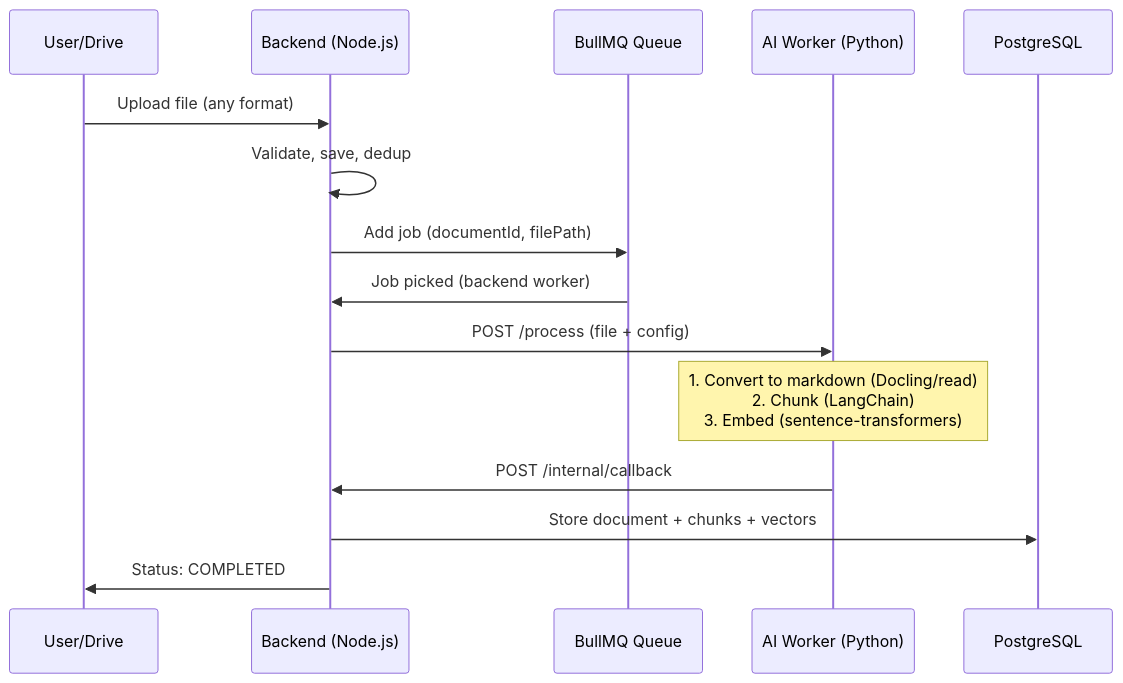
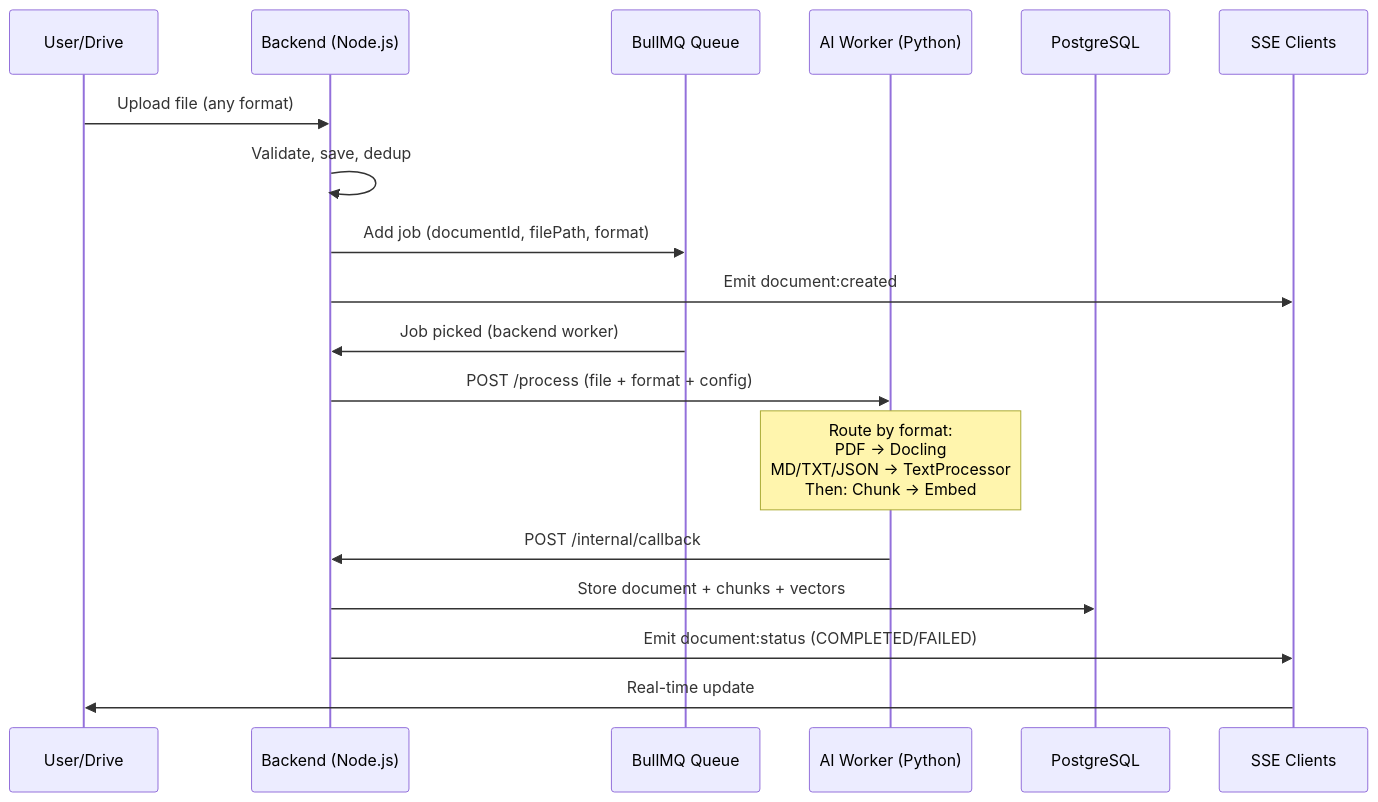
The first of 2 diagrams in docs/SPECS-PHASE2.md (namtroi/RAGBase), drawn with Mermaid before and after one commit. The commit also changed other lines of this file and 2 other files, not shown here.

Commit message:
docs: update Phase 2 documentation to reflect actual implementation (SSE & Multi-format)

````diff
--- a/docs/SPECS-PHASE2.md
+++ b/docs/SPECS-PHASE2.md
@@ -28,20 +35,23 @@
 ```mermaid
 sequenceDiagram
     participant U as User/Drive
     participant B as Backend (Node.js)
     participant Q as BullMQ Queue
     participant W as AI Worker (Python)
     participant DB as PostgreSQL
+    participant SSE as SSE Clients
 
     U->>B: Upload file (any format)
     B->>B: Validate, save, dedup
-    B->>Q: Add job (documentId, filePath)
+    B->>Q: Add job (documentId, filePath, format)
+    B->>SSE: Emit document:created
     Q->>B: Job picked (backend worker)
-    B->>W: POST /process (file + config)
+    B->>W: POST /process (file + format + config)
     
-    Note over W: 1. Convert to markdown (Docling/read)<br/>2. Chunk (LangChain)<br/>3. Embed (sentence-transformers)
+    Note over W: Route by format:<br/>PDF → Docling<br/>MD/TXT/JSON → TextProcessor<br/>Then: Chunk → Embed
     
     W->>B: POST /internal/callback
     B->>DB: Store document + chunks + vectors
-    B->>U: Status: COMPLETED
+    B->>SSE: Emit document:status (COMPLETED/FAILED)
+    SSE->>U: Real-time update
 ```
````
